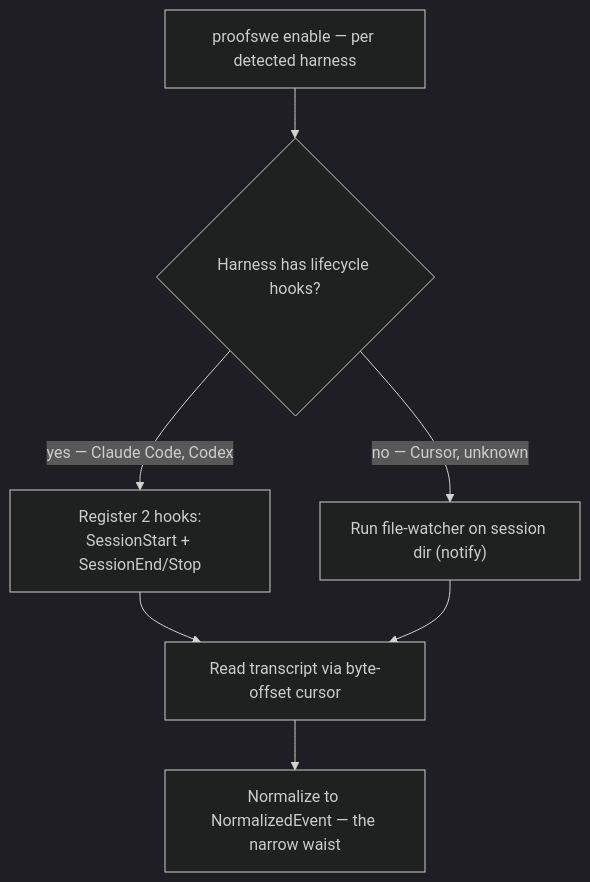
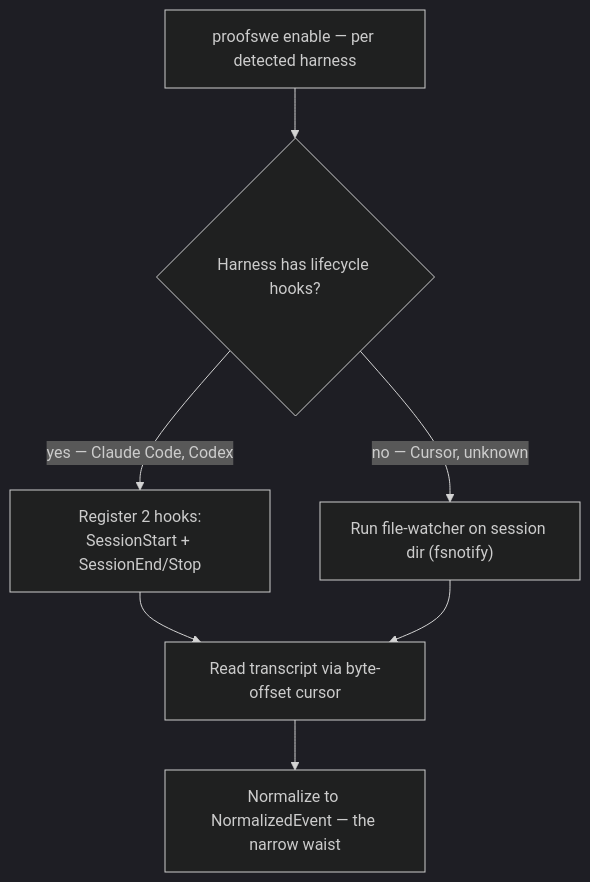
One commit to Atharva-Kanherkar/proofswe changed the fifth of 5 diagrams in docs/CAPTURE.md. Above: the diagram before and after it, drawn with Mermaid (dark theme). The commit also changed other lines of this file and 1 other file, not shown here.

````diff
--- a/docs/CAPTURE.md
+++ b/docs/CAPTURE.md
@@ -340,9 +412,9 @@
 ```mermaid
 flowchart TD
     Start["proofswe enable — per detected harness"] --> Q{"Harness has lifecycle hooks?"}
     Q -->|"yes — Claude Code, Codex"| Hooks["Register 2 hooks:<br/>SessionStart + SessionEnd/Stop"]
-    Q -->|"no — Cursor, unknown"| Watch["Run file-watcher on session dir (notify)"]
+    Q -->|"no — Cursor, unknown"| Watch["Run file-watcher on session dir (fsnotify)"]
     Hooks --> Read["Read transcript via byte-offset cursor"]
     Watch --> Read
     Read --> Norm["Normalize to NormalizedEvent — the narrow waist"]
 ```
````
